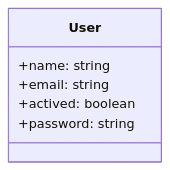
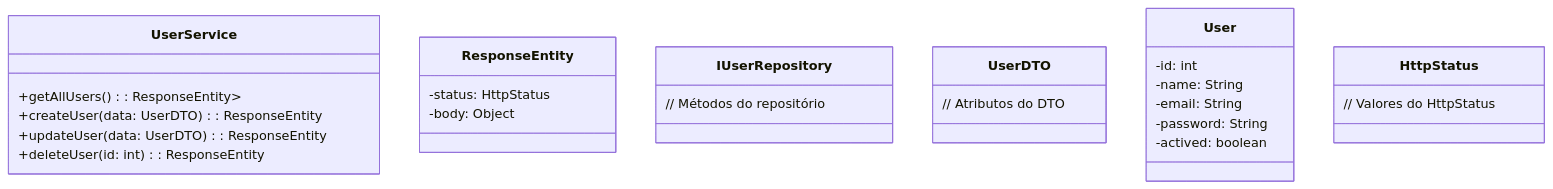
One commit to marciocarolino/budgetBuddy changed the diagram in README.md. Above: the diagram before and after it, drawn with Mermaid. The commit also changed other lines of this file, not shown here.

Commit message:
feat: class mermaid user

````diff
--- a/README.md
+++ b/README.md
@@ -4,12 +4,35 @@
 ```mermaid
 classDiagram
- 
-  class User{
-    +name: string
-    +email: string
-    +actived: boolean
-    +password: string
-  }
- 
+    class UserService {
+        +getAllUsers(): ResponseEntity<List<User>>
+        +createUser(data: UserDTO): ResponseEntity
+        +updateUser(data: UserDTO): ResponseEntity
+        +deleteUser(id: int): ResponseEntity
+    }
+
+    class ResponseEntity {
+        -status: HttpStatus
+        -body: Object
+    }
+
+    class IUserRepository {
+        // Métodos do repositório
+    }
+
+    class UserDTO {
+        // Atributos do DTO
+    }
+
+    class User {
+        -id: int
+        -name: String
+        -email: String
+        -password: String
+        -actived: boolean
+    }
+
+    class HttpStatus {
+        // Valores do HttpStatus
+    }
  
 ```
````
